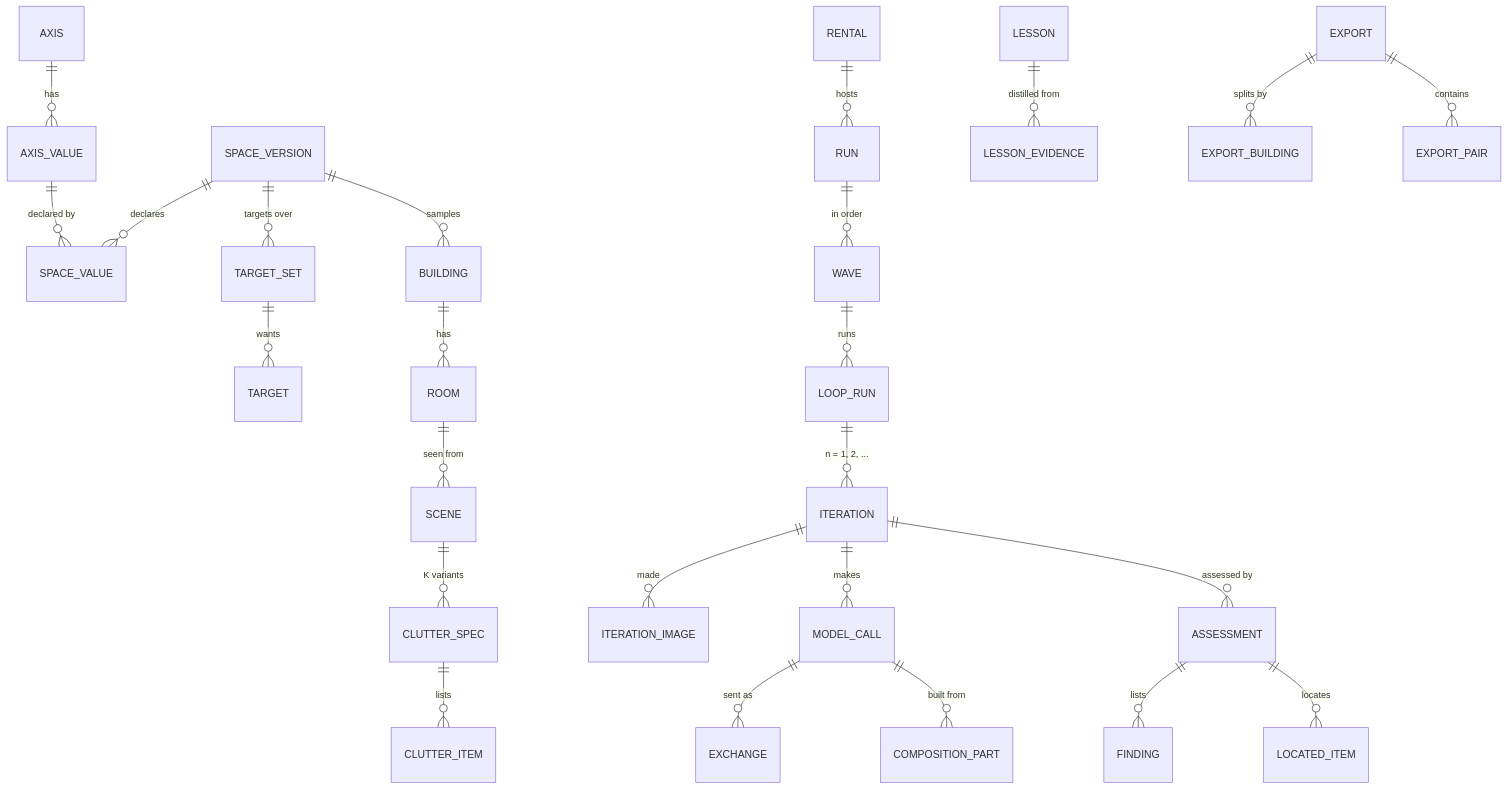
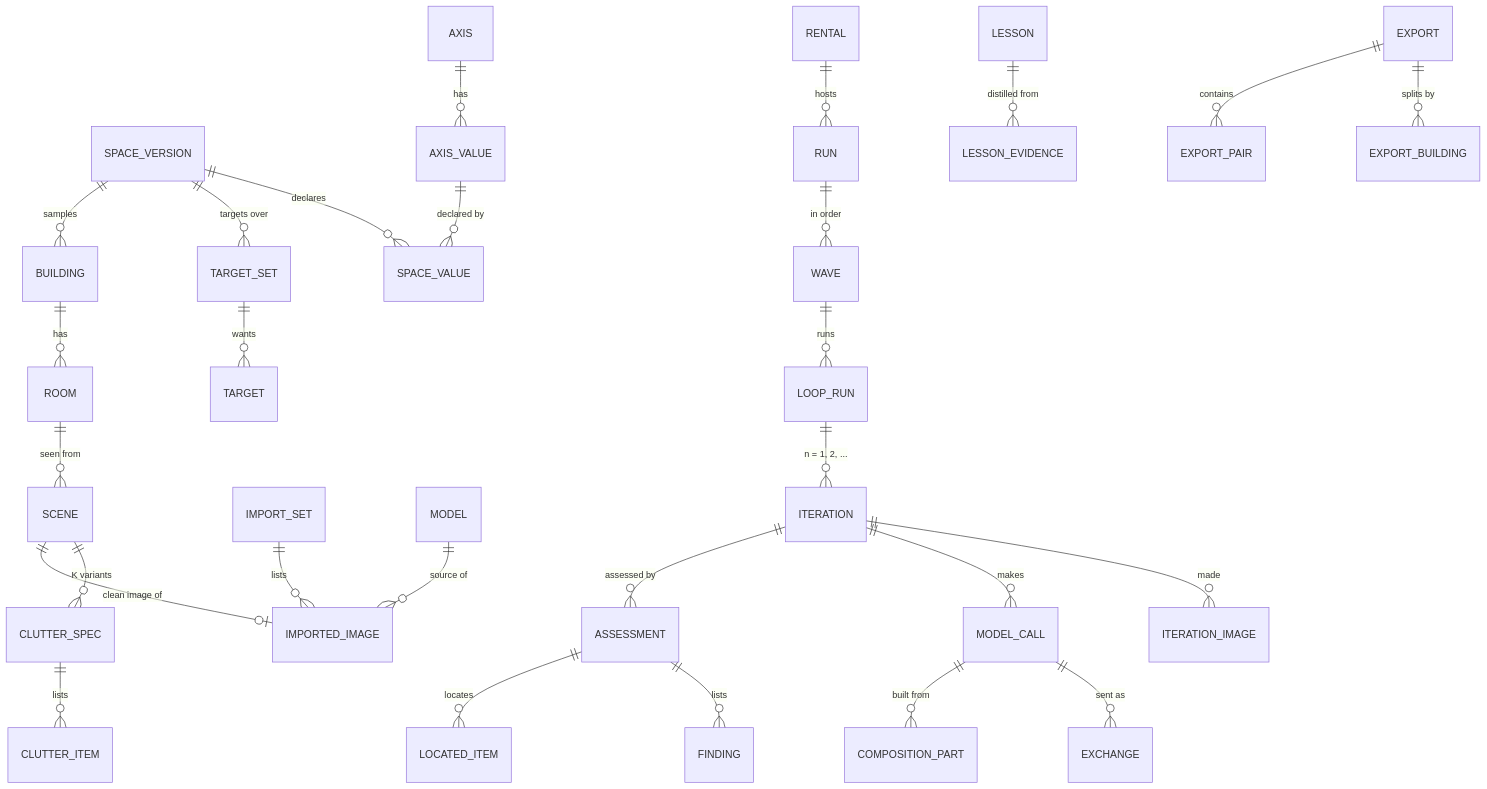
Before and after one commit to intent-graph/ai_tooling: the diagram in clutter_pairs/design/data_model.md, drawn with Mermaid. The commit also changed other lines of this file and 29 other files, not shown here.

First line of the commit message:
clutter_pairs: import clean images; a dataset may replace reasons.toml; change_share_off

````diff
--- a/clutter_pairs/design/data_model.md
+++ b/clutter_pairs/design/data_model.md
@@ -46,27 +46,30 @@
 ```mermaid
 erDiagram
   SPACE_VERSION ||--o{ SPACE_VALUE : declares
   AXIS ||--o{ AXIS_VALUE : has
   AXIS_VALUE ||--o{ SPACE_VALUE : "declared by"
   SPACE_VERSION ||--o{ TARGET_SET : "targets over"
   TARGET_SET ||--o{ TARGET : wants
   SPACE_VERSION ||--o{ BUILDING : samples
   BUILDING ||--o{ ROOM : has
   ROOM ||--o{ SCENE : "seen from"
   SCENE ||--o{ CLUTTER_SPEC : "K variants"
+  SCENE ||--o| IMPORTED_IMAGE : "clean image of"
+  IMPORT_SET ||--o{ IMPORTED_IMAGE : lists
+  MODEL ||--o{ IMPORTED_IMAGE : "source of"
   CLUTTER_SPEC ||--o{ CLUTTER_ITEM : lists
   RENTAL ||--o{ RUN : hosts
   RUN ||--o{ WAVE : "in order"
   WAVE ||--o{ LOOP_RUN : runs
   LOOP_RUN ||--o{ ITERATION : "n = 1, 2, ..."
   ITERATION ||--o{ ITERATION_IMAGE : made
   ITERATION ||--o{ MODEL_CALL : makes
   MODEL_CALL ||--o{ EXCHANGE : "sent as"
   MODEL_CALL ||--o{ COMPOSITION_PART : "built from"
   ITERATION ||--o{ ASSESSMENT : "assessed by"
   ASSESSMENT ||--o{ FINDING : lists
   ASSESSMENT ||--o{ LOCATED_ITEM : locates
   LESSON ||--o{ LESSON_EVIDENCE : "distilled from"
   EXPORT ||--o{ EXPORT_BUILDING : "splits by"
   EXPORT ||--o{ EXPORT_PAIR : contains
 ```
````
